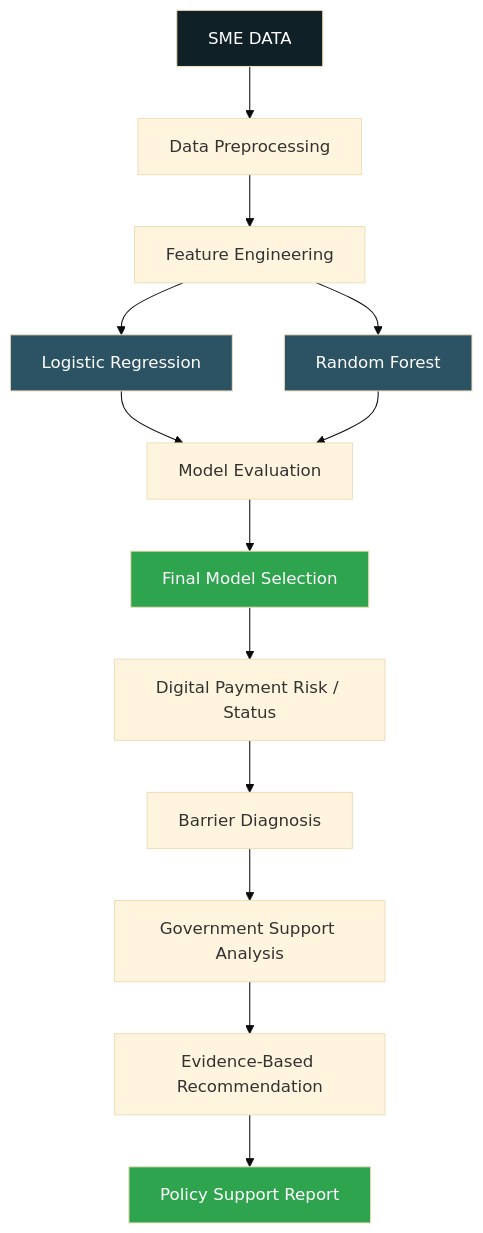
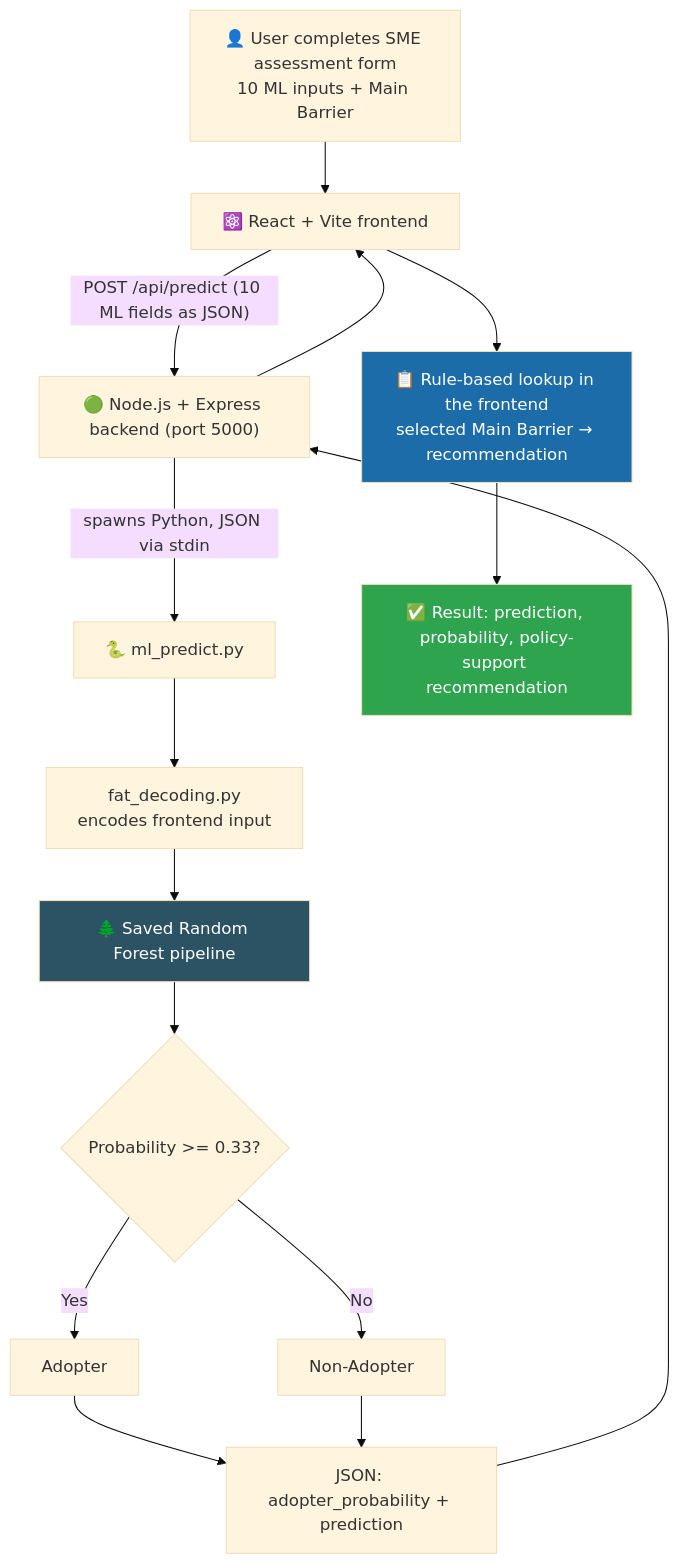
One commit to iamkrishna27/SPARK changed the third of 3 diagrams in README.md. Above: the diagram before and after it, drawn with Mermaid (base theme). The commit also changed other lines of this file, not shown here.

Commit message:
Complete ML model and full stack implementation

````diff
--- a/README.md
+++ b/README.md
@@ -302,21 +270,21 @@
 ```mermaid
 flowchart TD
-    A[SME DATA] --> B[Data Preprocessing]
-    B --> C[Feature Engineering]
-    C --> D[Logistic Regression]
-    C --> E[Random Forest]
-    D --> F[Model Evaluation]
-    E --> F
-    F --> G[Final Model Selection]
-    G --> H[Digital Payment Risk / Status]
-    H --> I[Barrier Diagnosis]
-    I --> J[Government Support Analysis]
-    J --> K[Evidence-Based Recommendation]
-    K --> L[Policy Support Report]
+    U["👤 User completes SME assessment form<br/>10 ML inputs + Main Barrier"] --> F["⚛️ React + Vite frontend"]
+    F -- "POST /api/predict (10 ML fields as JSON)" --> B["🟢 Node.js + Express backend (port 5000)"]
+    B -- "spawns Python, JSON via stdin" --> P["🐍 ml_predict.py"]
+    P --> D["fat_decoding.py<br/>encodes frontend input"]
+    D --> M["🌲 Saved Random Forest pipeline"]
+    M --> T{"Probability >= 0.33?"}
+    T -->|Yes| A[Adopter]
+    T -->|No| N[Non-Adopter]
+    A --> R["JSON: adopter_probability + prediction"]
+    N --> R
+    R --> B
+    B --> F
+    F --> RB["📋 Rule-based lookup in the frontend<br/>selected Main Barrier → recommendation"]
+    RB --> O["✅ Result: prediction, probability, policy-support recommendation"]
 
-    style A fill:#0f2027,color:#fff
-    style D fill:#2c5364,color:#fff
-    style E fill:#2c5364,color:#fff
-    style G fill:#2ea44f,color:#fff
-    style L fill:#2ea44f,color:#fff
+    style M fill:#2c5364,color:#fff
+    style RB fill:#1b6ca8,color:#fff
+    style O fill:#2ea44f,color:#fff
 ```
````
